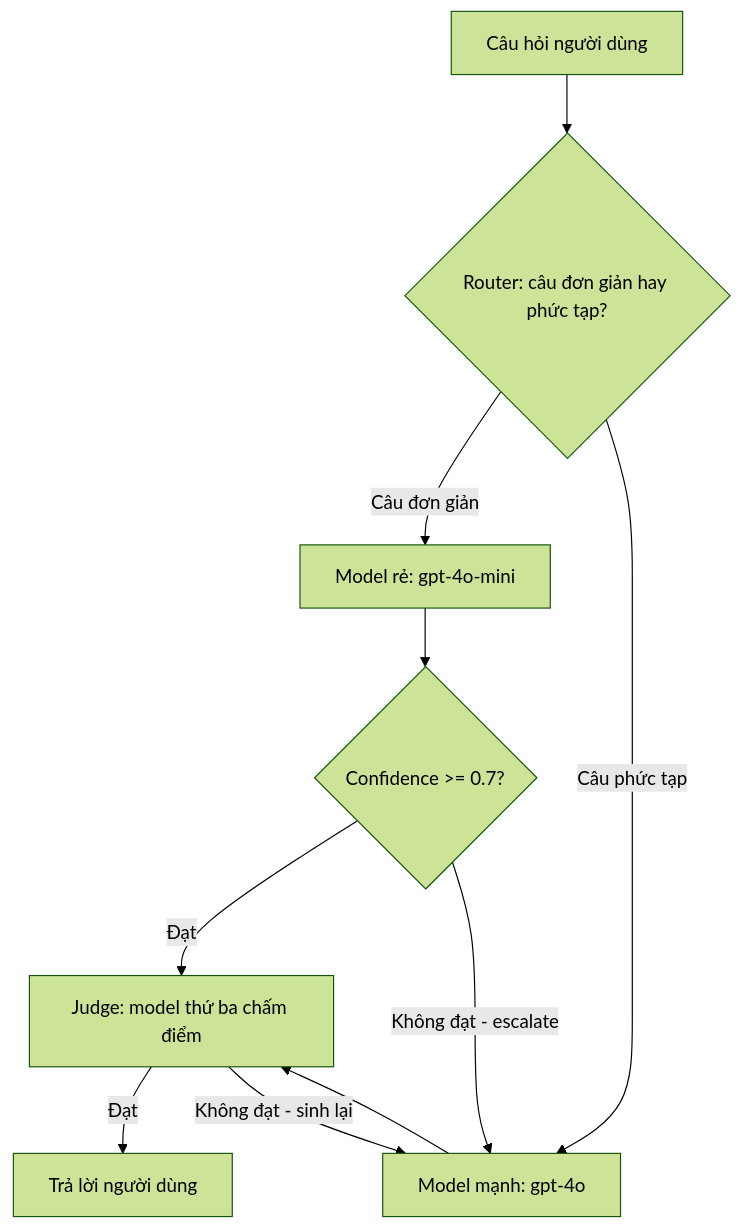
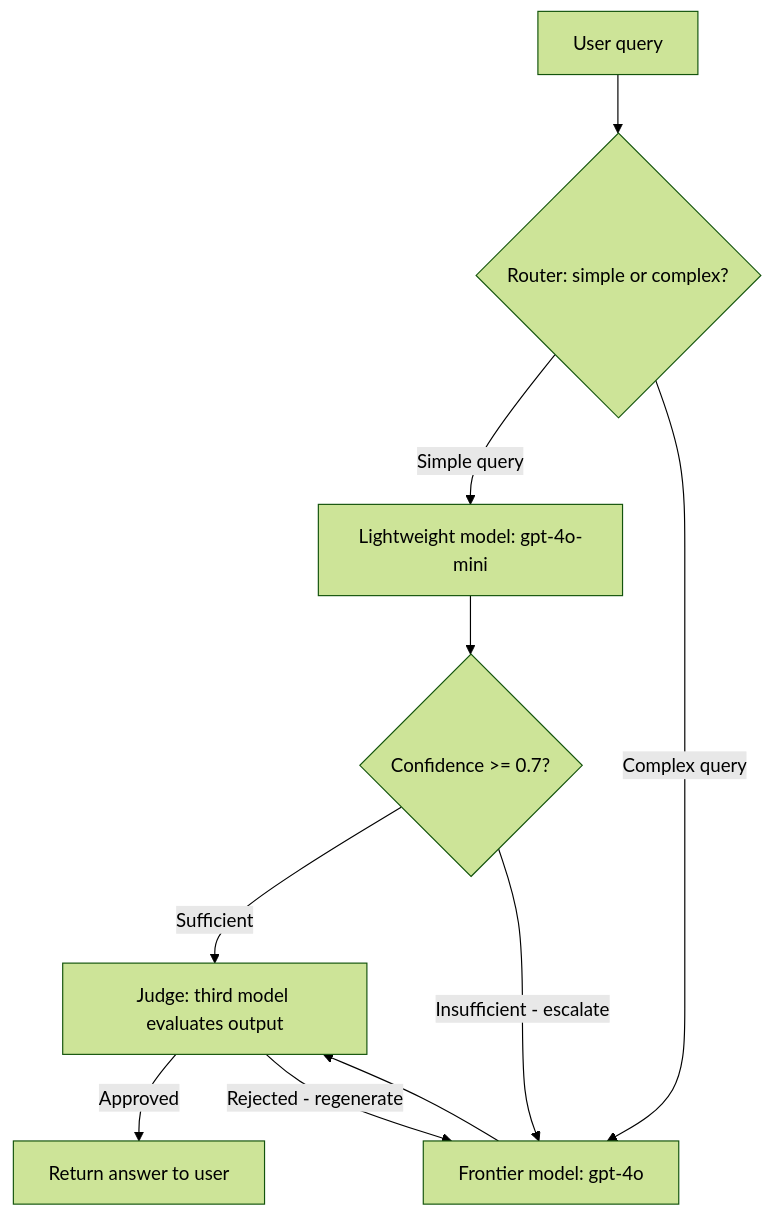
One commit to Dokhacgiakhoa/Project-Builder-4-Agents changed the second of 2 diagrams in knowledge-base/technical-book/chapter-04.md. Above: the diagram before and after it, drawn with Mermaid (forest theme). The commit also changed other lines of this file and 62 other files, not shown here.

````diff
--- a/knowledge-base/technical-book/chapter-04.md
+++ b/knowledge-base/technical-book/chapter-04.md
@@ -1345,12 +1345,12 @@
 ```mermaid
 flowchart TD
-    Q["Câu hỏi người dùng"] --> R{"Router: câu đơn giản hay phức tạp?"}
-    R -->|"Câu đơn giản"| Cheap["Model rẻ: gpt-4o-mini"]
-    R -->|"Câu phức tạp"| Strong["Model mạnh: gpt-4o"]
+    Q["User query"] --> R{"Router: simple or complex?"}
+    R -->|"Simple query"| Cheap["Lightweight model: gpt-4o-mini"]
+    R -->|"Complex query"| Strong["Frontier model: gpt-4o"]
     Cheap --> C{"Confidence >= 0.7?"}
-    C -->|"Đạt"| J
-    C -->|"Không đạt - escalate"| Strong
-    Strong --> J["Judge: model thứ ba chấm điểm"]
-    J -->|"Đạt"| Out["Trả lời người dùng"]
-    J -->|"Không đạt - sinh lại"| Strong
+    C -->|"Sufficient"| J
+    C -->|"Insufficient - escalate"| Strong
+    Strong --> J["Judge: third model evaluates output"]
+    J -->|"Approved"| Out["Return answer to user"]
+    J -->|"Rejected - regenerate"| Strong
 ```
````
